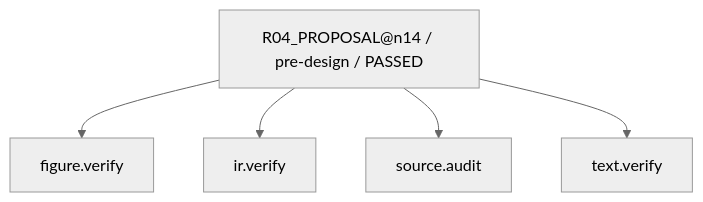
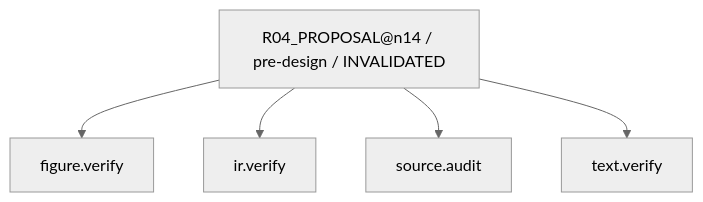
Before and after one commit to rrikunagasige-dot/kyotsu-step-web: diagram 14 of 28 in work/items/W-MATH-048-n1314-source-audit/generated/CAPABILITY_FIRE_DIAGRAM.md, drawn with Mermaid (neutral theme). The commit also changed other lines of this file and 32 other files, not shown here.

````diff
--- a/work/items/W-MATH-048-n1314-source-audit/generated/CAPABILITY_FIRE_DIAGRAM.md
+++ b/work/items/W-MATH-048-n1314-source-audit/generated/CAPABILITY_FIRE_DIAGRAM.md
@@ -218,12 +218,12 @@
 ```mermaid
 flowchart TD
-  N0["R04_PROPOSAL@n14 / pre-design / PASSED"]
+  N0["R04_PROPOSAL@n14 / pre-design / INVALIDATED"]
   N1["text.verify"]
   N2["figure.verify"]
   N3["ir.verify"]
   N4["source.audit"]
   N0 --> N2
   N0 --> N3
   N0 --> N4
   N0 --> N1
 ```
````
